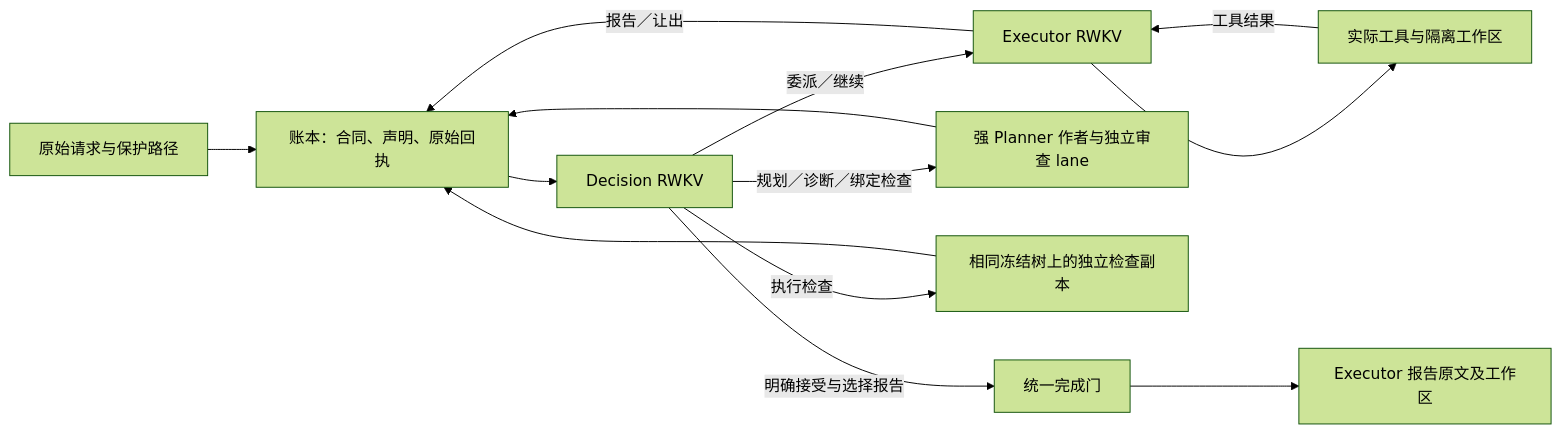
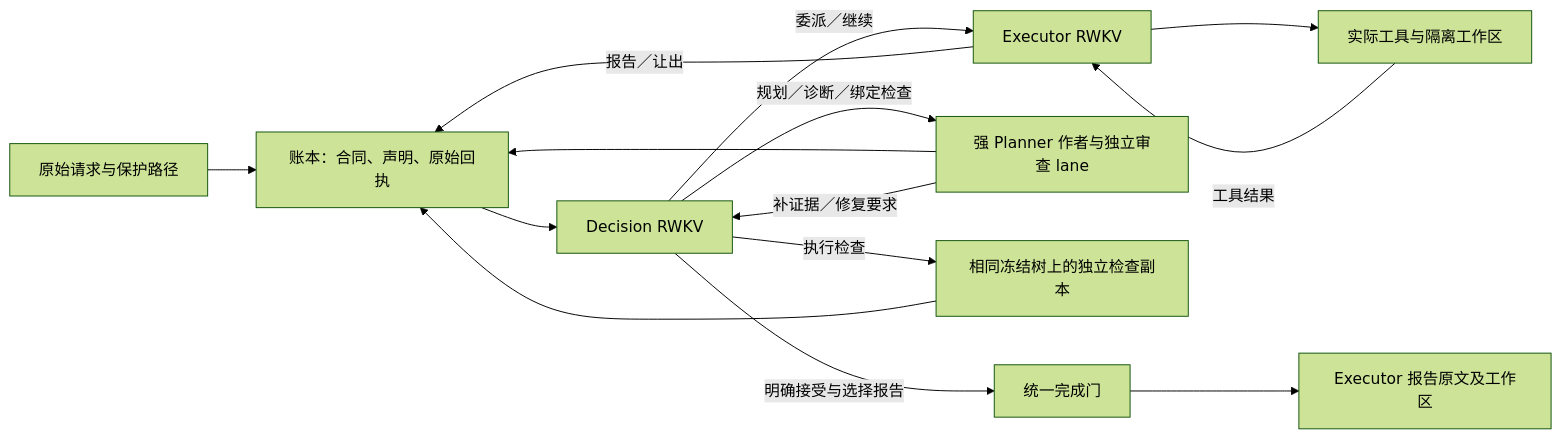
Before and after one commit to rwkv-rs/RWKV-LH: the diagram in docs/ARCHITECTURE.zh-CN.md, drawn with Mermaid (forest theme). The commit also changed other lines of this file and 9 other files, not shown here.

````diff
--- a/docs/ARCHITECTURE.zh-CN.md
+++ b/docs/ARCHITECTURE.zh-CN.md
@@ -25,15 +25,16 @@
 ```mermaid
 flowchart LR
     U[原始请求与保护路径] --> L[账本：合同、声明、原始回执]
     L --> D[Decision RWKV]
     D -->|委派／继续| E[Executor RWKV]
     E --> T[实际工具与隔离工作区]
     T -->|工具结果| E
     E -->|报告／让出| L
     D -->|规划／诊断／绑定检查| P[强 Planner 作者与独立审查 lane]
     P --> L
+    P -->|补证据／修复要求| D
     D -->|执行检查| V[相同冻结树上的独立检查副本]
     V --> L
     D -->|明确接受与选择报告| G[统一完成门]
     G --> F[Executor 报告原文及工作区]
 ```
````
